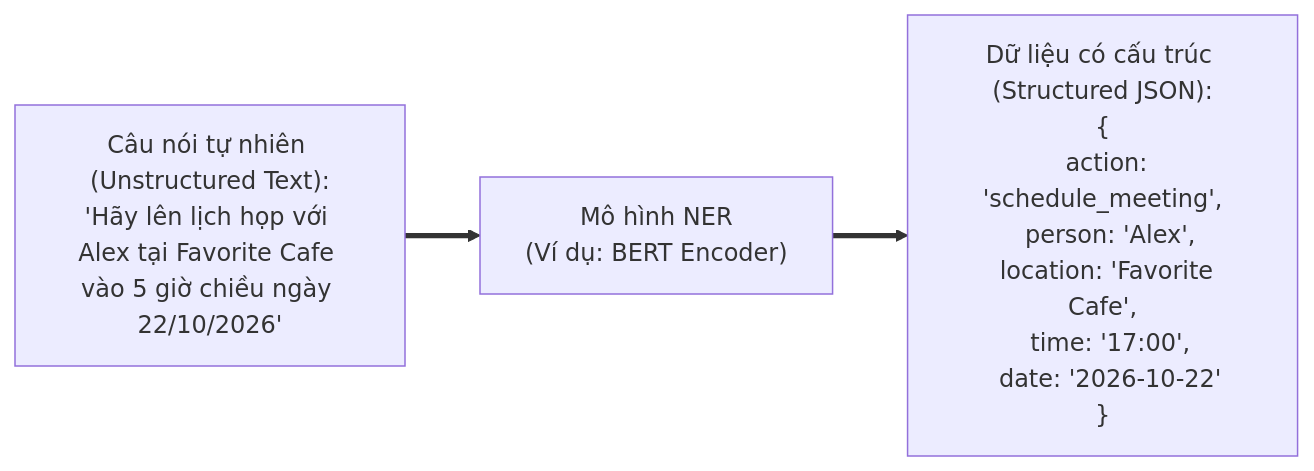
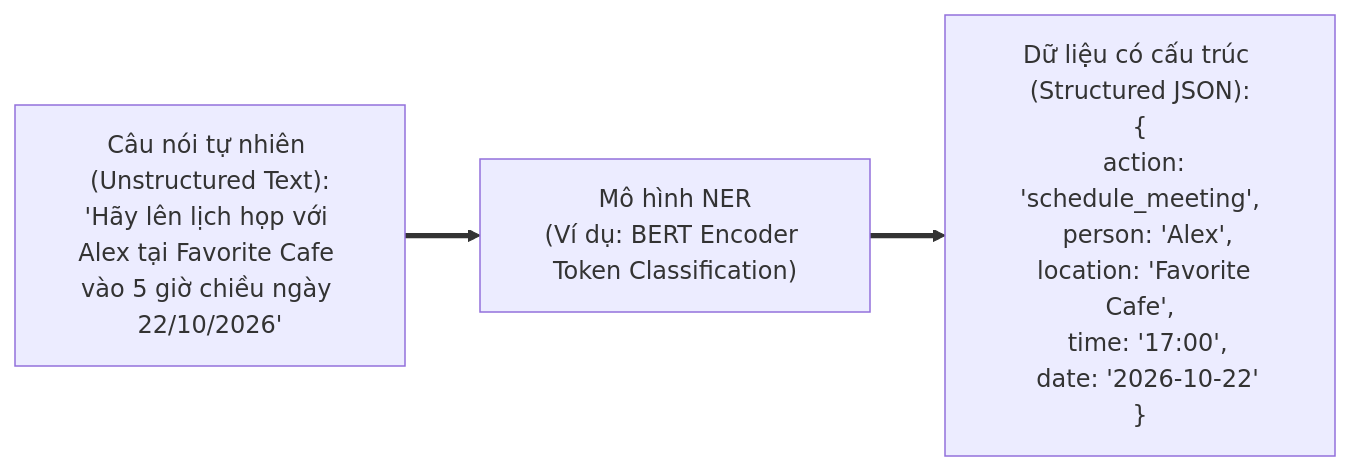
The sixth of 6 diagrams in Module_10_Additional_Topics.md (nxthanh2904/nca-genl), drawn with Mermaid before and after one commit. The commit also changed other lines of this file and 11 other files, not shown here.

````diff
--- a/Module_10_Additional_Topics.md
+++ b/Module_10_Additional_Topics.md
@@ -135,10 +196,10 @@
 ```mermaid
 flowchart LR
     RawText["Câu nói tự nhiên (Unstructured Text):<br/>'Hãy lên lịch họp với Alex tại Favorite Cafe vào 5 giờ chiều ngày 22/10/2026'"]
     
-    NER_Model["Mô hình NER<br/>(Ví dụ: BERT Encoder)"]
+    NER_Model["Mô hình NER<br/>(Ví dụ: BERT Encoder Token Classification)"]
     
     JSON_Out["Dữ liệu có cấu trúc (Structured JSON):<br/>{<br/>  action: 'schedule_meeting',<br/>  person: 'Alex',<br/>  location: 'Favorite Cafe',<br/>  time: '17:00',<br/>  date: '2026-10-22'<br/>}"]
 
     RawText ==> NER_Model ==> JSON_Out
 ```
````
